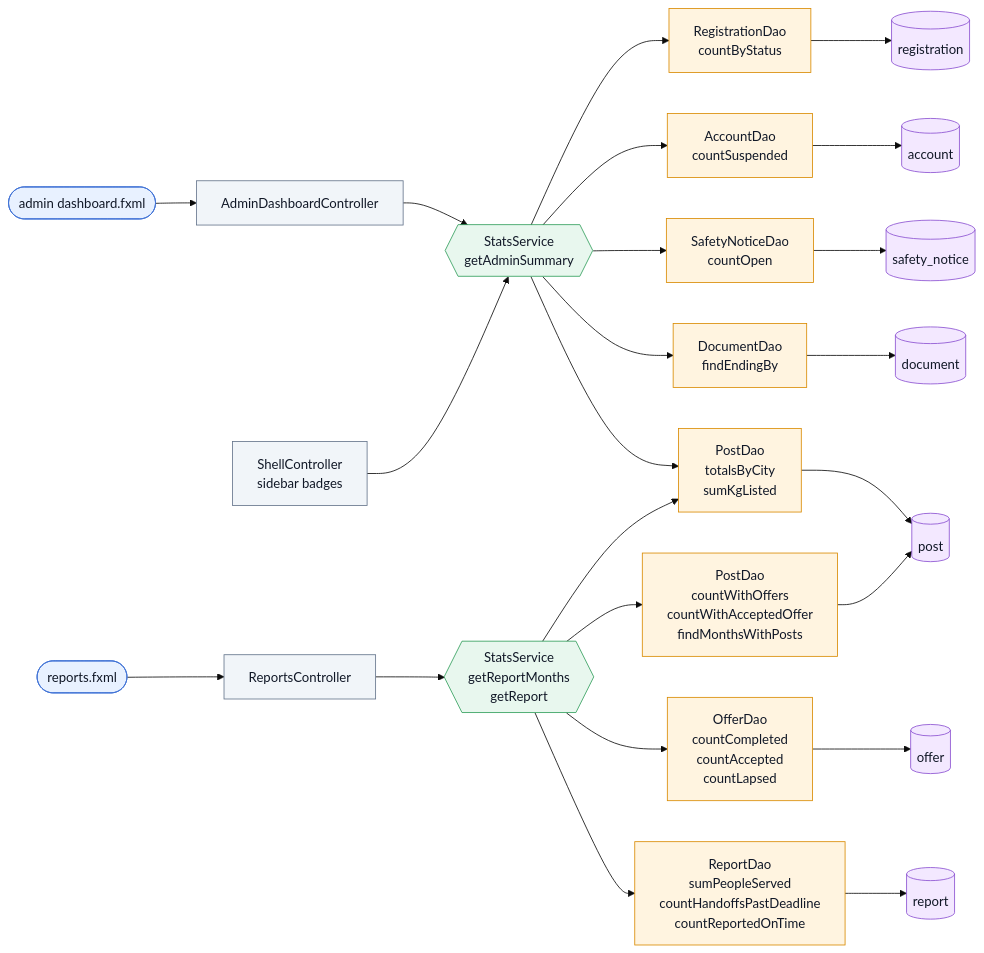
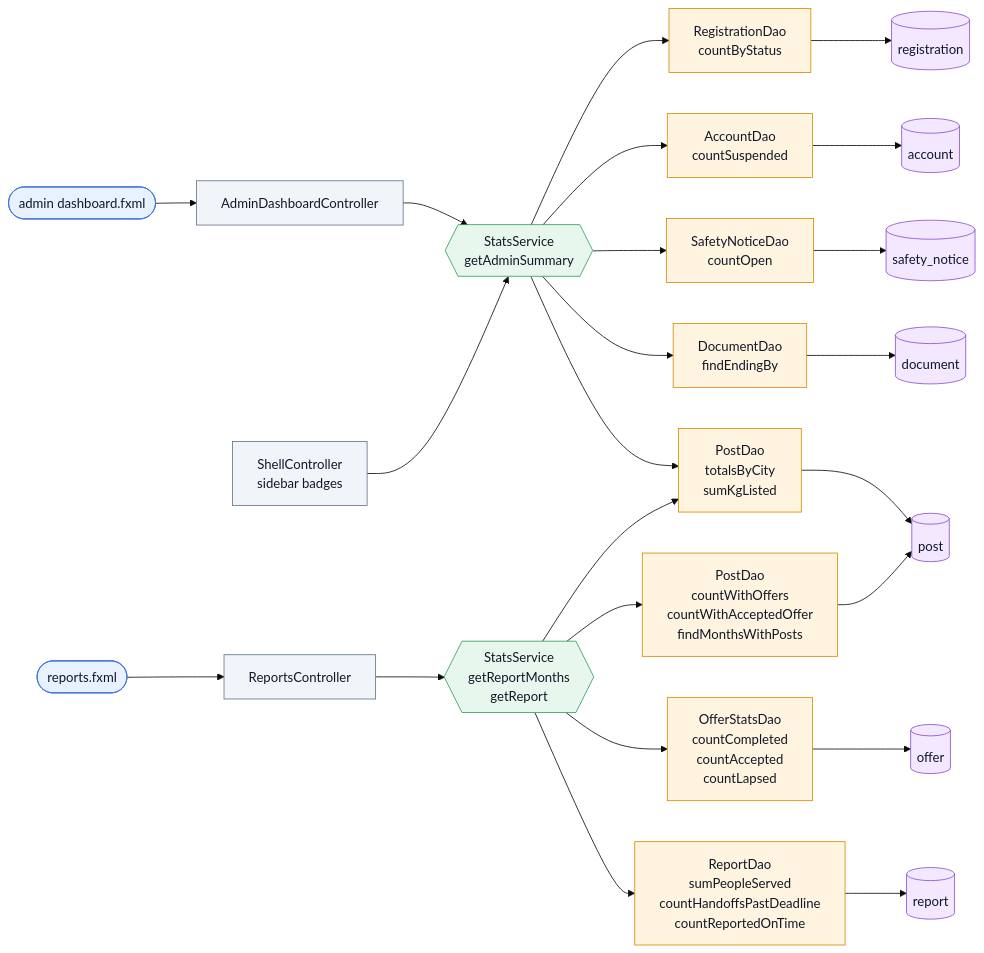
The eighth of 17 diagrams in docs/MAP.md (Az-Zav/ANIPLATO), drawn with Mermaid (base theme) before and after one commit. The commit also changed other lines of this file and 16 other files, not shown here.

````diff
--- a/docs/MAP.md
+++ b/docs/MAP.md
@@ -661,20 +666,20 @@
 ```mermaid
 flowchart LR
   classDef screen fill:#e8f1ff,stroke:#3b6fd4,color:#111827
   classDef ctrl fill:#f1f5f9,stroke:#64748b,color:#111827
   classDef svc fill:#e8f7ee,stroke:#2f9e5a,color:#111827
   classDef dao fill:#fff4e0,stroke:#d98a00,color:#111827
   classDef tbl fill:#f3e8ff,stroke:#8a4fd1,color:#111827
   D([admin dashboard.fxml]):::screen --> DC[AdminDashboardController]:::ctrl --> AS{{StatsService<br/>getAdminSummary}}:::svc
   SH[ShellController<br/>sidebar badges]:::ctrl --> AS
   R([reports.fxml]):::screen --> RC[ReportsController]:::ctrl --> RM{{StatsService<br/>getReportMonths<br/>getReport}}:::svc
   AS --> RG[RegistrationDao<br/>countByStatus]:::dao --> TR[(registration)]:::tbl
   AS --> AC[AccountDao<br/>countSuspended]:::dao --> TA[(account)]:::tbl
   AS --> SN[SafetyNoticeDao<br/>countOpen]:::dao --> TN[(safety_notice)]:::tbl
   AS --> DE[DocumentDao<br/>findEndingBy]:::dao --> TD[(document)]:::tbl
   AS --> PD[PostDao<br/>totalsByCity<br/>sumKgListed]:::dao --> TP[(post)]:::tbl
   RM --> PD
   RM --> PC[PostDao<br/>countWithOffers<br/>countWithAcceptedOffer<br/>findMonthsWithPosts]:::dao --> TP
-  RM --> OC[OfferDao<br/>countCompleted<br/>countAccepted<br/>countLapsed]:::dao --> TO[(offer)]:::tbl
+  RM --> OC[OfferStatsDao<br/>countCompleted<br/>countAccepted<br/>countLapsed]:::dao --> TO[(offer)]:::tbl
   RM --> RP[ReportDao<br/>sumPeopleServed<br/>countHandoffsPastDeadline<br/>countReportedOnTime]:::dao --> TRP[(report)]:::tbl
 ```
````
